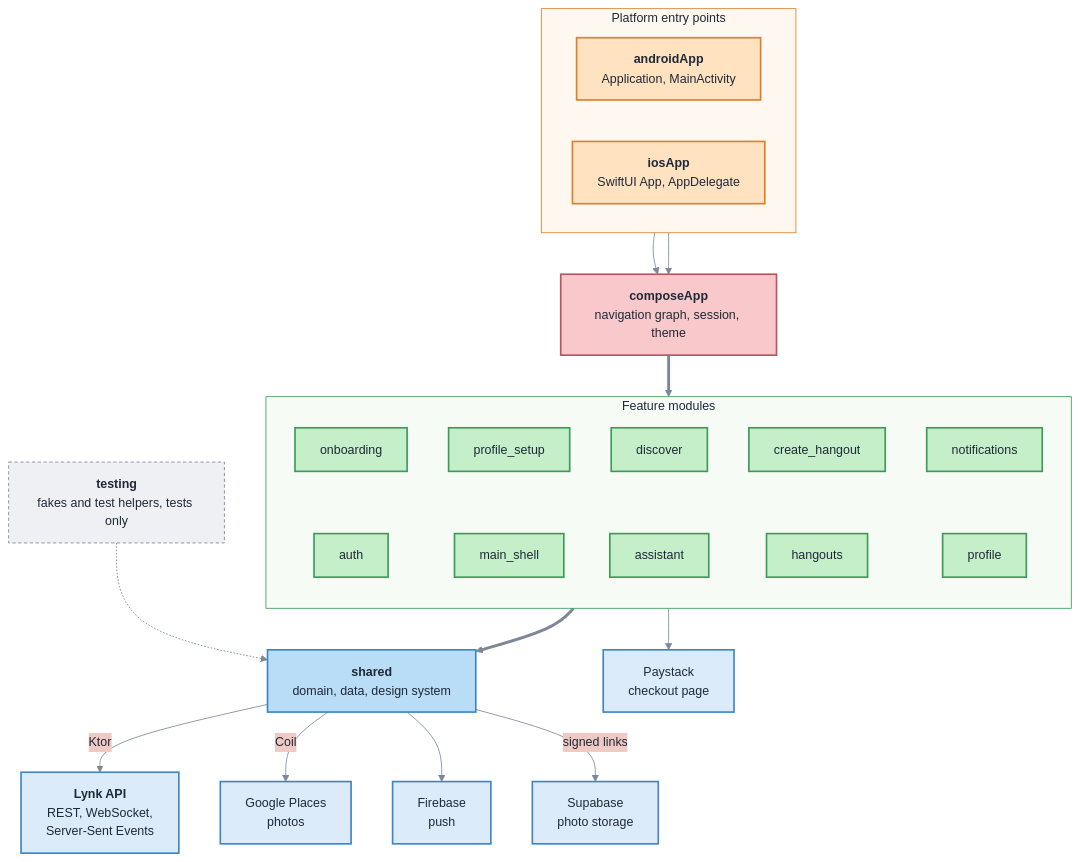
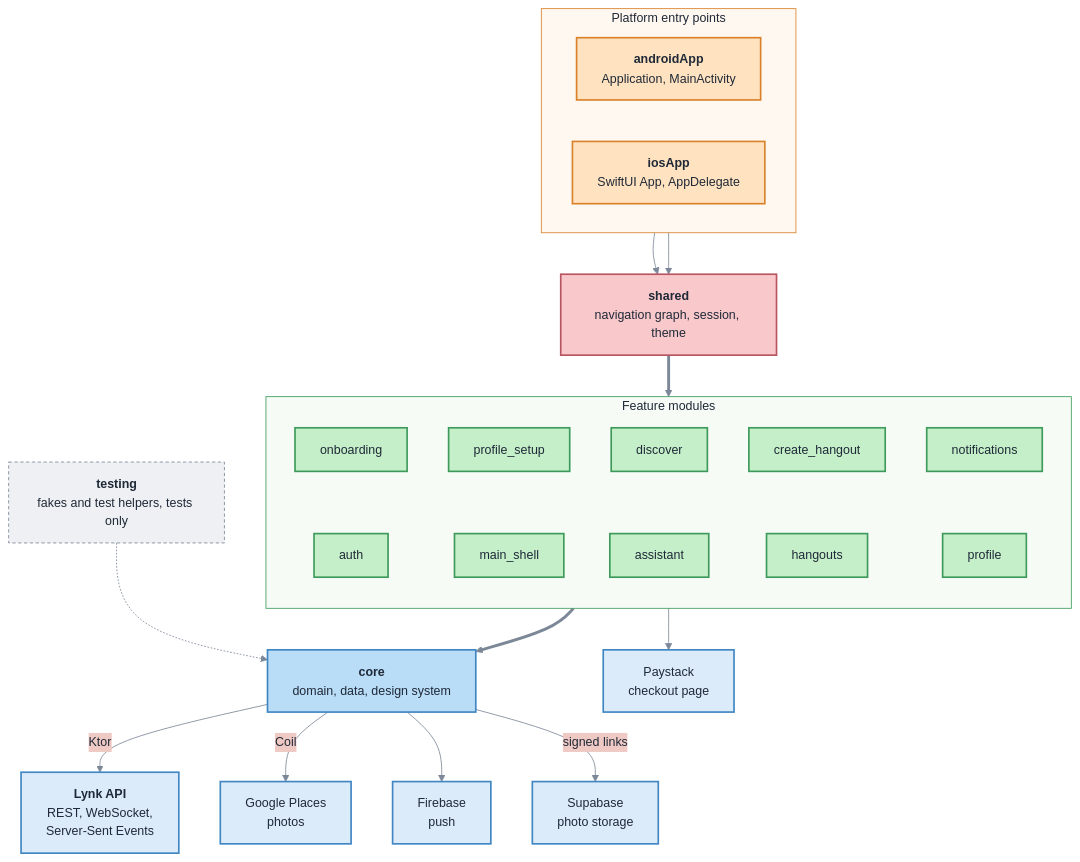
The diagram in README.md (EEseka/Lynk), drawn with Mermaid before and after one commit. The commit also changed other lines of this file and 1070 other files, not shown here.

````diff
--- a/README.md
+++ b/README.md
@@ -68,54 +68,54 @@
 ```mermaid
 %%{init: {"theme": "base", "themeVariables": {"fontFamily": "-apple-system, BlinkMacSystemFont, Segoe UI, Helvetica, Arial, sans-serif", "fontSize": "15px", "primaryColor": "#C4EFC9", "primaryTextColor": "#1F2937", "primaryBorderColor": "#3E9A5B", "lineColor": "#7C8798", "clusterBkg": "#F6FBF6", "clusterBorder": "#3E9A5B", "titleColor": "#1F2937"}}}%%
 flowchart TB
     subgraph APPS ["Platform entry points"]
         direction LR
         ANDROID["<b>androidApp</b><br/>Application, MainActivity"]
         IOS["<b>iosApp</b><br/>SwiftUI App, AppDelegate"]
     end
 
-    COMPOSE["<b>composeApp</b><br/>navigation graph, session, theme"]
+    SHARED["<b>shared</b><br/>navigation graph, session, theme"]
 
     subgraph FEATURES ["Feature modules"]
         direction TB
         ONB["onboarding"] ~~~ AUTH["auth"]
         SETUP["profile_setup"] ~~~ SHELL["main_shell"]
         DISC["discover"] ~~~ AI["assistant"]
         CREATE["create_hangout"] ~~~ HANG["hangouts"]
         NOTIF["notifications"] ~~~ PROF["profile"]
     end
 
-    SHARED["<b>shared</b><br/>domain, data, design system"]
+    CORE["<b>core</b><br/>domain, data, design system"]
     TESTING["<b>testing</b><br/>fakes and test helpers, tests only"]
 
     API["<b>Lynk API</b><br/>REST, WebSocket,<br/>Server-Sent Events"]
     GOOGLE["Google Places<br/>photos"]
     PAYSTACK["Paystack<br/>checkout page"]
     FCM["Firebase<br/>push"]
     STORAGE["Supabase<br/>photo storage"]
 
-    ANDROID --> COMPOSE
-    IOS --> COMPOSE
-    COMPOSE ==> FEATURES
-    FEATURES ==> SHARED
-    TESTING -.-> SHARED
-    SHARED -->|Ktor| API
-    SHARED -->|Coil| GOOGLE
-    SHARED --> FCM
-    SHARED -->|signed links| STORAGE
+    ANDROID --> SHARED
+    IOS --> SHARED
+    SHARED ==> FEATURES
+    FEATURES ==> CORE
+    TESTING -.-> CORE
+    CORE -->|Ktor| API
+    CORE -->|Coil| GOOGLE
+    CORE --> FCM
+    CORE -->|signed links| STORAGE
     HANG --> PAYSTACK
 
     classDef client fill:#FFE2BF,stroke:#D9822B,color:#1F2937,stroke-width:2px
     classDef app fill:#F8C8CB,stroke:#B85560,color:#1F2937,stroke-width:2px
     classDef unit fill:#C4EFC9,stroke:#3E9A5B,color:#1F2937,stroke-width:2px
     classDef common fill:#B9DCF7,stroke:#3F86C2,color:#1F2937,stroke-width:2px
     classDef test fill:#EEF0F3,stroke:#7C8798,color:#1F2937,stroke-width:1px,stroke-dasharray: 4 3
     classDef ext fill:#DCEBFA,stroke:#3F86C2,color:#1F2937,stroke-width:2px
     class ANDROID,IOS client
-    class COMPOSE app
+    class SHARED app
     class ONB,AUTH,SETUP,SHELL,DISC,CREATE,HANG,NOTIF,PROF,AI unit
-    class SHARED common
+    class CORE common
     class TESTING test
     class API,GOOGLE,PAYSTACK,FCM,STORAGE ext
     style APPS fill:#FFF8F0,stroke:#D9822B,color:#1F2937
 ```
````
